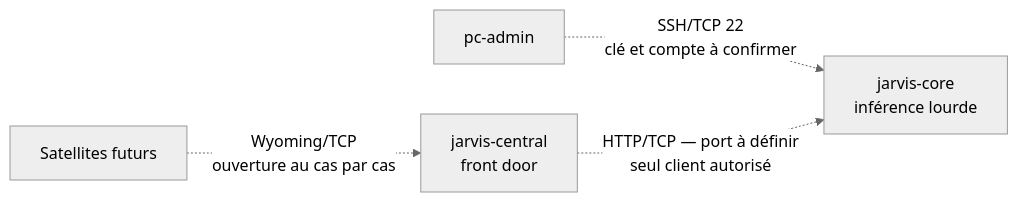
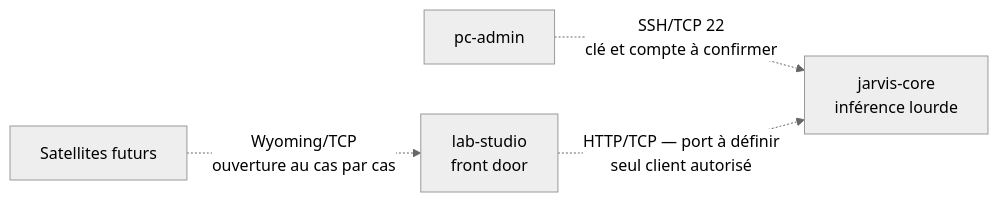
The fourth of 5 diagrams in reference-homelab.md (LaoTseu0/homelab), drawn with Mermaid (neutral theme) before and after one commit. The commit also changed other lines of this file and 112 other files, not shown here.

Commit message:
Structurer le homelab et déployer lab-studio avec Ansible

````diff
--- a/reference-homelab.md
+++ b/reference-homelab.md
@@ -185,6 +205,6 @@
 ```mermaid
 flowchart LR
     Admin["pc-admin"] -.->|"SSH/TCP 22<br/>clé et compte à confirmer"| Core["jarvis-core<br/>inférence lourde"]
-    Central["jarvis-central<br/>front door"] -.->|"HTTP/TCP — port à définir<br/>seul client autorisé"| Core
+    Central["lab-studio<br/>front door"] -.->|"HTTP/TCP — port à définir<br/>seul client autorisé"| Core
     Satellites["Satellites futurs"] -.->|"Wyoming/TCP<br/>ouverture au cas par cas"| Central
 ```
````
